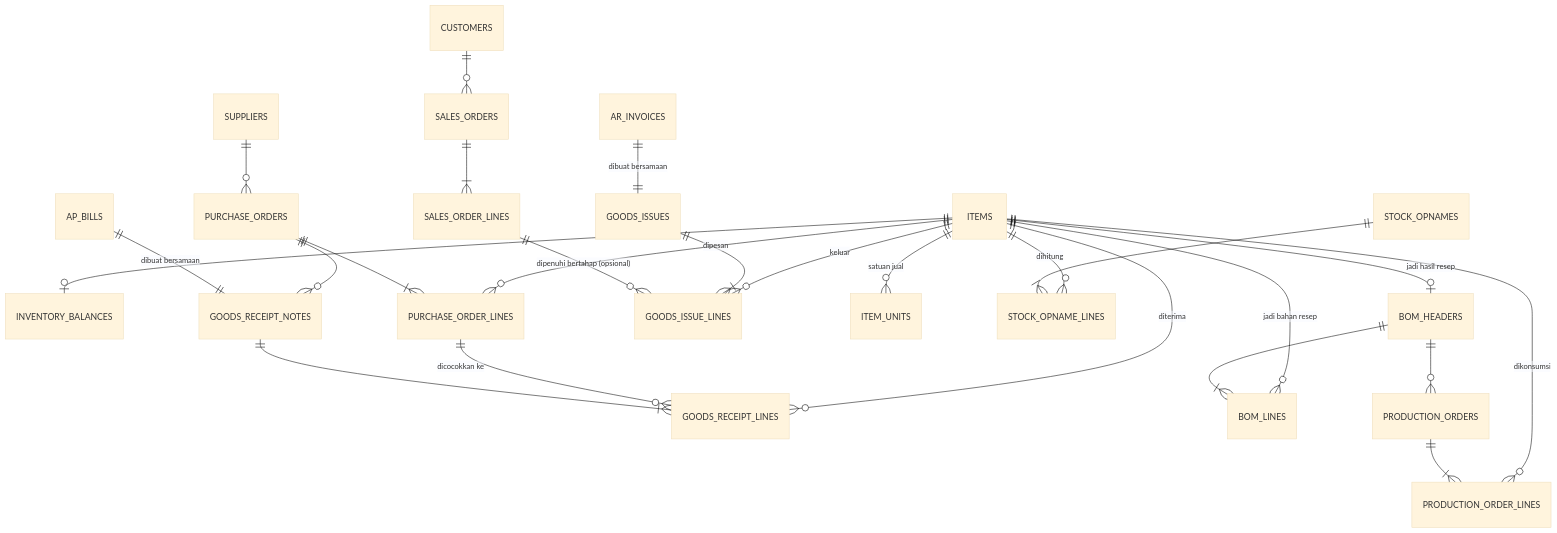
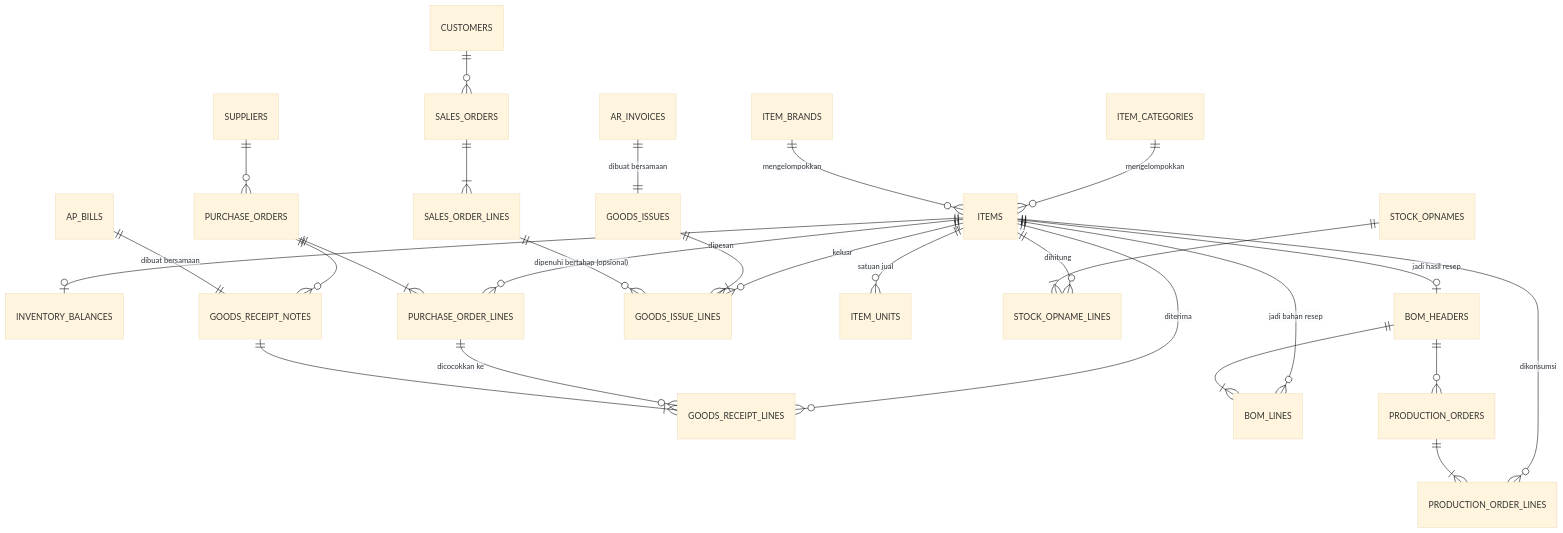
The diagram in docs/architecture/inventory-schema.md (coretifyauth/Marinda-Galery-Plastik), drawn with Mermaid (base theme) before and after one commit. The commit also changed other lines of this file and 63 other files, not shown here.

````diff
--- a/docs/architecture/inventory-schema.md
+++ b/docs/architecture/inventory-schema.md
@@ -9,34 +9,36 @@
 ```mermaid
 erDiagram
   ITEMS ||--o| INVENTORY_BALANCES : ""
   ITEMS ||--o{ PURCHASE_ORDER_LINES : dipesan
   ITEMS ||--o{ GOODS_RECEIPT_LINES : diterima
   ITEMS ||--o{ BOM_LINES : "jadi bahan resep"
   ITEMS ||--o| BOM_HEADERS : "jadi hasil resep"
   ITEMS ||--o{ PRODUCTION_ORDER_LINES : dikonsumsi
   ITEMS ||--o{ GOODS_ISSUE_LINES : keluar
   ITEMS ||--o{ ITEM_UNITS : "satuan jual"
   ITEMS ||--o{ STOCK_OPNAME_LINES : dihitung
+  ITEM_CATEGORIES ||--o{ ITEMS : mengelompokkan
+  ITEM_BRANDS ||--o{ ITEMS : mengelompokkan
 
   STOCK_OPNAMES ||--|{ STOCK_OPNAME_LINES : ""
 
   SUPPLIERS ||--o{ PURCHASE_ORDERS : ""
 
   PURCHASE_ORDERS ||--|{ PURCHASE_ORDER_LINES : ""
   PURCHASE_ORDERS ||--o{ GOODS_RECEIPT_NOTES : ""
   PURCHASE_ORDER_LINES ||--o{ GOODS_RECEIPT_LINES : "dicocokkan ke"
 
   AP_BILLS ||--|| GOODS_RECEIPT_NOTES : "dibuat bersamaan"
   GOODS_RECEIPT_NOTES ||--|{ GOODS_RECEIPT_LINES : ""
 
   BOM_HEADERS ||--|{ BOM_LINES : ""
   BOM_HEADERS ||--o{ PRODUCTION_ORDERS : ""
   PRODUCTION_ORDERS ||--|{ PRODUCTION_ORDER_LINES : ""
 
   AR_INVOICES ||--|| GOODS_ISSUES : "dibuat bersamaan"
   GOODS_ISSUES ||--|{ GOODS_ISSUE_LINES : ""
 
   CUSTOMERS ||--o{ SALES_ORDERS : ""
   SALES_ORDERS ||--|{ SALES_ORDER_LINES : ""
   SALES_ORDER_LINES ||--o{ GOODS_ISSUE_LINES : "dipenuhi bertahap (opsional)"
 ```
````
